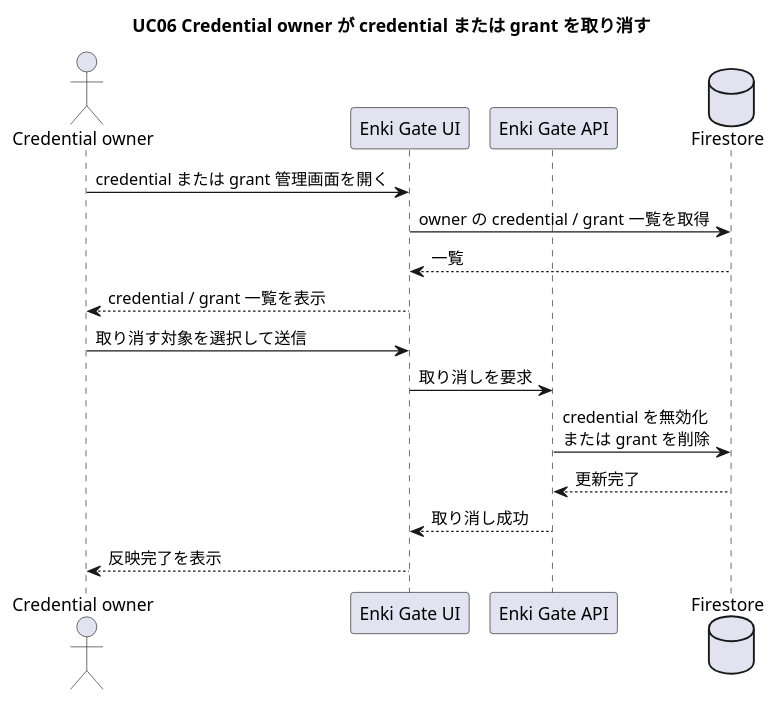
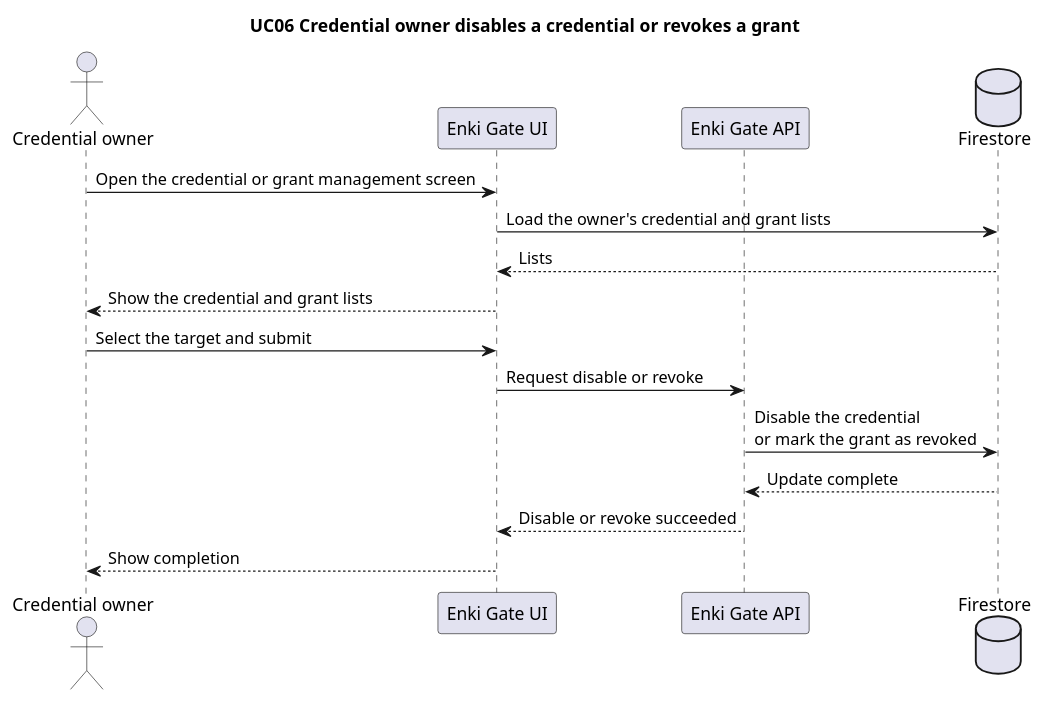
Before and after one commit to yacchin1205/enki-gate: the diagram in docs/diagrams/uc06-revoke-credential-or-grant.puml, drawn with PlantUML. The commit also changed 11 other files, not shown here.

Commit message:
Translate and refresh PlantUML diagrams

```diff
--- a/docs/diagrams/uc06-revoke-credential-or-grant.puml
+++ b/docs/diagrams/uc06-revoke-credential-or-grant.puml
@@ -1,20 +1,20 @@
 @startuml
-title UC06 Credential owner が credential または grant を取り消す
+title UC06 Credential owner disables a credential or revokes a grant
 
 actor "Credential owner" as Owner
 participant "Enki Gate UI" as UI
 participant "Enki Gate API" as API
 database "Firestore" as Firestore
 
-Owner -> UI: credential または grant 管理画面を開く
-UI -> Firestore: owner の credential / grant 一覧を取得
-Firestore --> UI: 一覧
-UI --> Owner: credential / grant 一覧を表示
+Owner -> UI: Open the credential or grant management screen
+UI -> Firestore: Load the owner's credential and grant lists
+Firestore --> UI: Lists
+UI --> Owner: Show the credential and grant lists
 
-Owner -> UI: 取り消す対象を選択して送信
-UI -> API: 取り消しを要求
-API -> Firestore: credential を無効化\nまたは grant を削除
-Firestore --> API: 更新完了
-API --> UI: 取り消し成功
-UI --> Owner: 反映完了を表示
+Owner -> UI: Select the target and submit
+UI -> API: Request disable or revoke
+API -> Firestore: Disable the credential\nor mark the grant as revoked
+Firestore --> API: Update complete
+API --> UI: Disable or revoke succeeded
+UI --> Owner: Show completion
 @enduml
```
